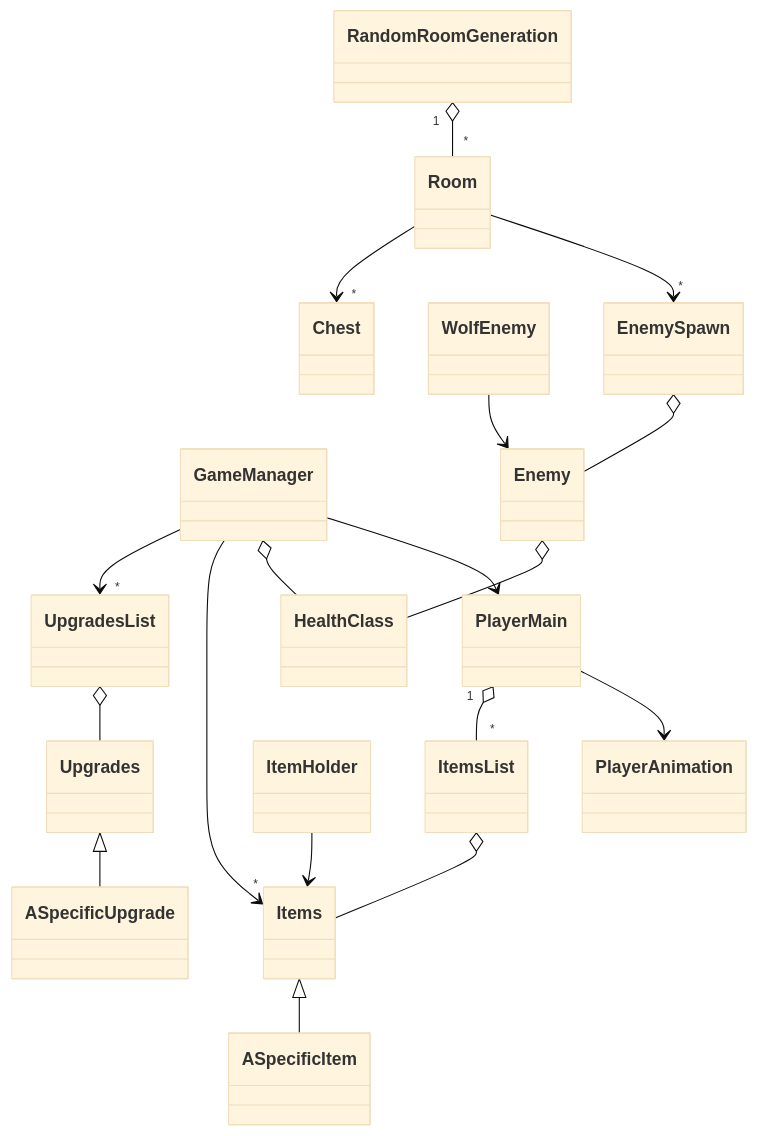
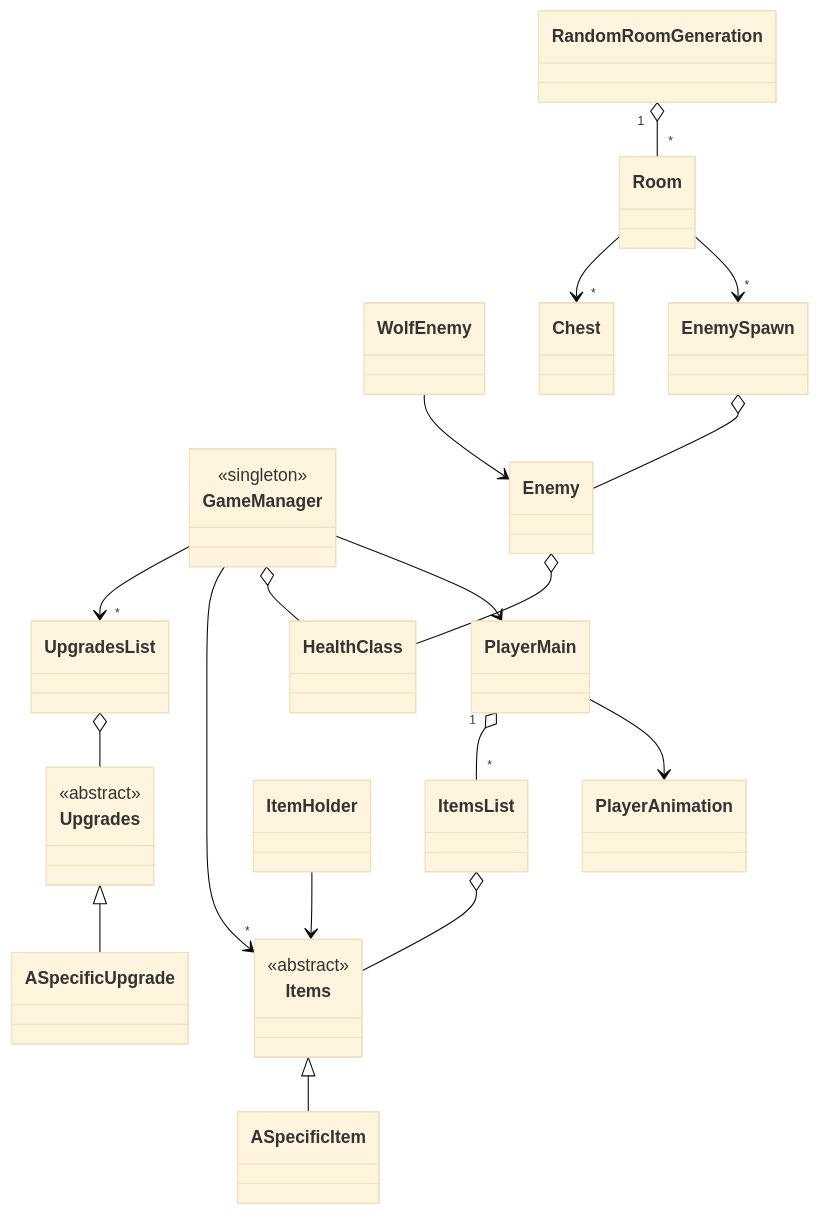
The diagram in code_diagram.md (Aniol-Marcet-Hauk/TheHarvest), drawn with Mermaid (base theme) before and after one commit.

Commit message:
Enhance class diagram with new classes and relationships
Added additional classes and relationships to the class diagram.

````diff
--- a/code_diagram.md
+++ b/code_diagram.md
@@ -5,25 +5,78 @@
 ```mermaid
 classDiagram
-   
+   class GameManager {
+         <<singleton>>
+        
+    }
+
+    class PlayerMain {
+    
+    }
+
+    class PlayerAnimation {
+    }
+
+    class Enemy {
+    }
+
+    class WolfEnemy {
+    }
+
+    class HealthClass {
+    }
+
+    class Items {
+        <<abstract>>
+    }
+
+    class ItemsList {
+    }
+
+    class ItemHolder {
+    }
+
+    class Upgrades {
+        <<abstract>>
+    }
+
+    class UpgradesList {
+    }
+
+    class RandomRoomGeneration {
+    }
+
+    class Room {
+    }
+
+    class EnemySpawn {
+    }
+
+    class ASpecificItem{
+
+    }
+
+    class ASpecificUpgrade{
+
+    }
 
     GameManager --> PlayerMain 
     GameManager o-- HealthClass 
     PlayerMain --> PlayerAnimation 
     PlayerMain "1" o-- "*" ItemsList 
     ItemsList o-- Items 
     ItemHolder --> Items
     Enemy o-- HealthClass
     EnemySpawn o-- Enemy
     WolfEnemy --> Enemy 
     GameManager --> "*" Items
     GameManager --> "*" UpgradesList
     UpgradesList o-- Upgrades
     RandomRoomGeneration "1" o-- "*" Room
     Room --> "*" EnemySpawn 
     Room --> "*" Chest
     Items <|-- ASpecificItem
     Upgrades <|-- ASpecificUpgrade
     
         
         
 ```
````
